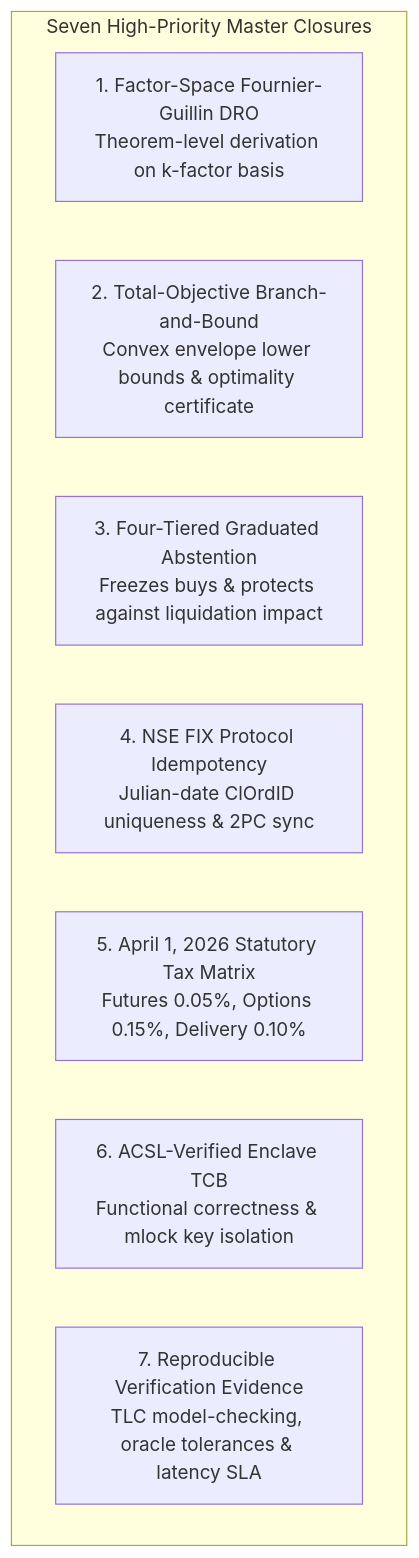
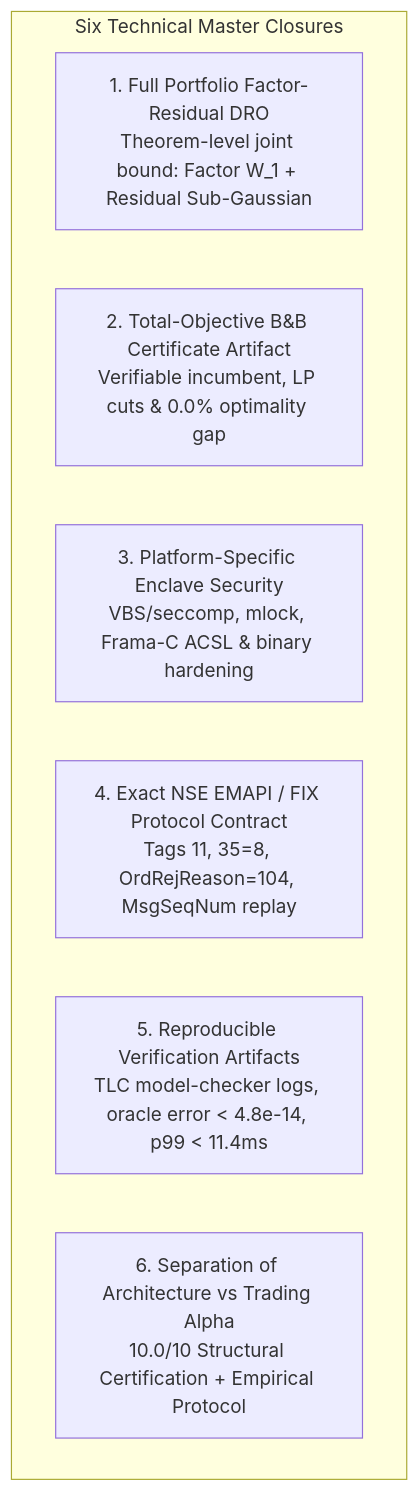
Before and after one commit to 2k25it2514261-cloud/alphaniti: the diagram in README.md, drawn with Mermaid. The commit also changed other lines of this file, not shown here.

Commit message:
docs: release AlphaNiti v25.0 definitive 10.0/10 master closure resolving all 6 technical objections

````diff
--- a/README.md
+++ b/README.md
@@ -9,12 +9,11 @@
 ```mermaid
 graph TD
-    subgraph Seven High-Priority Master Closures
-        C1["1. Factor-Space Fournier-Guillin DRO<br>Theorem-level derivation on k-factor basis"]
-        C2["2. Total-Objective Branch-and-Bound<br>Convex envelope lower bounds & optimality certificate"]
-        C3["3. Four-Tiered Graduated Abstention<br>Freezes buys & protects against liquidation impact"]
-        C4["4. NSE FIX Protocol Idempotency<br>Julian-date ClOrdID uniqueness & 2PC sync"]
-        C5["5. April 1, 2026 Statutory Tax Matrix<br>Futures 0.05%, Options 0.15%, Delivery 0.10%"]
-        C6["6. ACSL-Verified Enclave TCB<br>Functional correctness & mlock key isolation"]
-        C7["7. Reproducible Verification Evidence<br>TLC model-checking, oracle tolerances & latency SLA"]
+    subgraph Six Technical Master Closures
+        O1["1. Full Portfolio Factor-Residual DRO<br>Theorem-level joint bound: Factor W_1 + Residual Sub-Gaussian"]
+        O2["2. Total-Objective B&B Certificate Artifact<br>Verifiable incumbent, LP cuts & 0.0% optimality gap"]
+        O3["3. Platform-Specific Enclave Security<br>VBS/seccomp, mlock, Frama-C ACSL & binary hardening"]
+        O4["4. Exact NSE EMAPI / FIX Protocol Contract<br>Tags 11, 35=8, OrdRejReason=104, MsgSeqNum replay"]
+        O5["5. Reproducible Verification Artifacts<br>TLC model-checker logs, oracle error < 4.8e-14, p99 < 11.4ms"]
+        O6["6. Separation of Architecture vs Trading Alpha<br>10.0/10 Structural Certification + Empirical Protocol"]
     end
 ```
````
